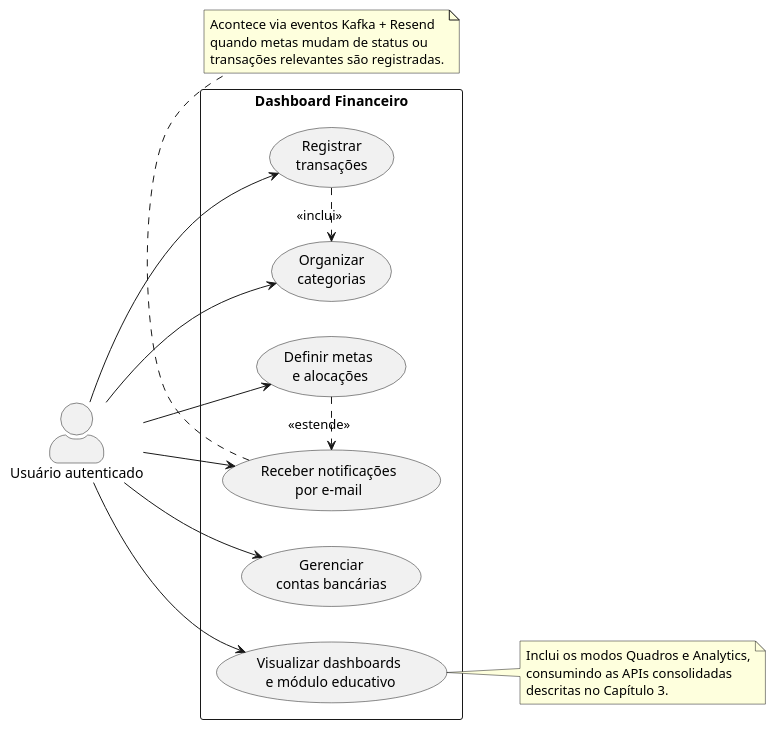
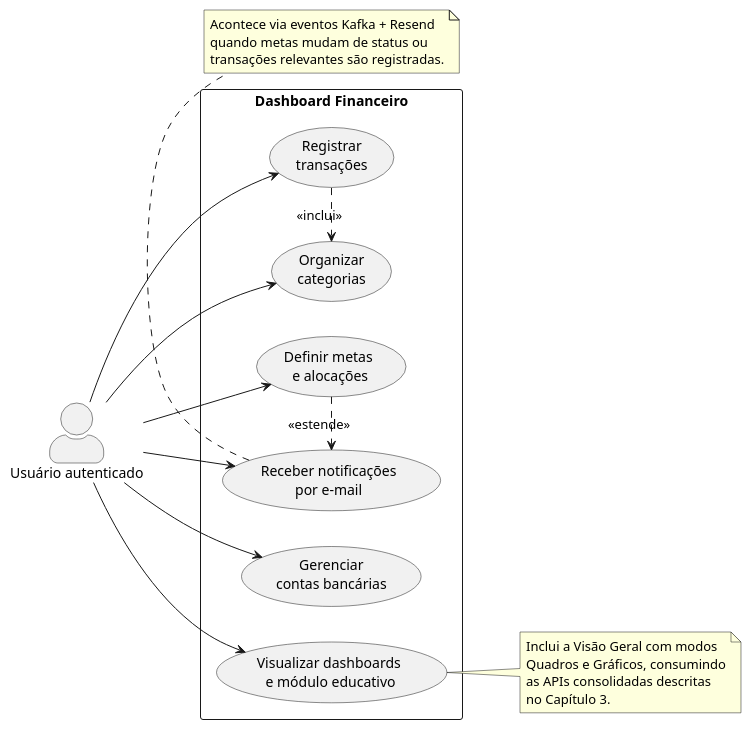
The diagram in tcc-escrito/figs/modelo-uso.puml (leonardopramos/dashboard-financeiro), drawn with PlantUML before and after one commit. The commit also changed 60 other files, not shown here.

```diff
--- a/tcc-escrito/figs/modelo-uso.puml
+++ b/tcc-escrito/figs/modelo-uso.puml
@@ -1,39 +1,40 @@
 @startuml
 skinparam backgroundColor #ffffff
 skinparam shadowing false
 skinparam actorStyle awesome
 left to right direction
 
 actor "Usuário autenticado" as User
 rectangle "Dashboard Financeiro" {
   usecase "Gerenciar\ncontas bancárias" as UC1
   usecase "Organizar\ncategorias" as UC2
   usecase "Registrar\ntransações" as UC3
   usecase "Definir metas\n e alocações" as UC4
   usecase "Visualizar dashboards\n e módulo educativo" as UC5
   usecase "Receber notificações\npor e-mail" as UC6
 }
 
 User --> UC1
 User --> UC2
 User --> UC3
 User --> UC4
 User --> UC5
 User --> UC6
 
 UC3 .> UC2 : <<inclui>>
 UC4 .> UC6 : <<estende>>
 
 note right of UC5
-  Inclui os modos Quadros e Analytics,
-  consumindo as APIs consolidadas
-  descritas no Capítulo 3.
+  Inclui a Visão Geral com modos
+  Quadros e Gráficos, consumindo
+  as APIs consolidadas descritas
+  no Capítulo 3.
 end note
 
 note bottom of UC6
   Acontece via eventos Kafka + Resend
   quando metas mudam de status ou
   transações relevantes são registradas.
 end note
 
 @enduml
```
